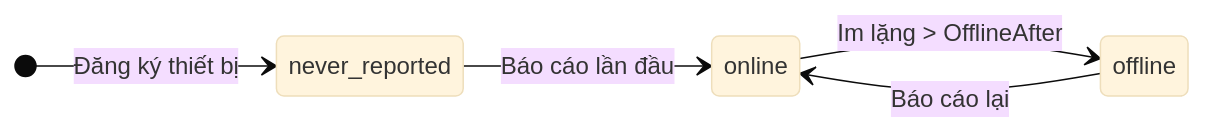
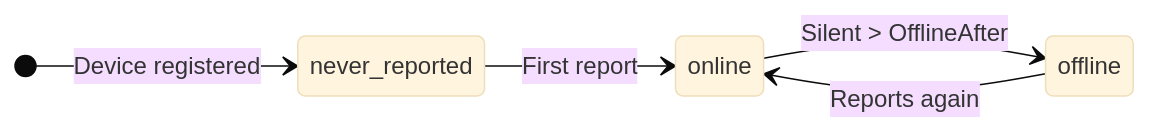
Before and after one commit to LuxMapLabs/luxmap_backend: the eighth of 14 diagrams in docs/state-machines.md, drawn with Mermaid (base theme). The commit also changed other lines of this file and 2 other files, not shown here.

First line of the commit message:
docs(state-machines): translate the state machine diagrams to English

````diff
--- a/docs/state-machines.md
+++ b/docs/state-machines.md
@@ -275,8 +292,8 @@
 ```mermaid
 stateDiagram-v2
     direction LR
-    [*] --> never_reported : Đăng ký thiết bị
-    never_reported --> online : Báo cáo lần đầu
-    online --> offline : Im lặng > OfflineAfter
-    offline --> online : Báo cáo lại
+    [*] --> never_reported : Device registered
+    never_reported --> online : First report
+    online --> offline : Silent > OfflineAfter
+    offline --> online : Reports again
 ```
````
